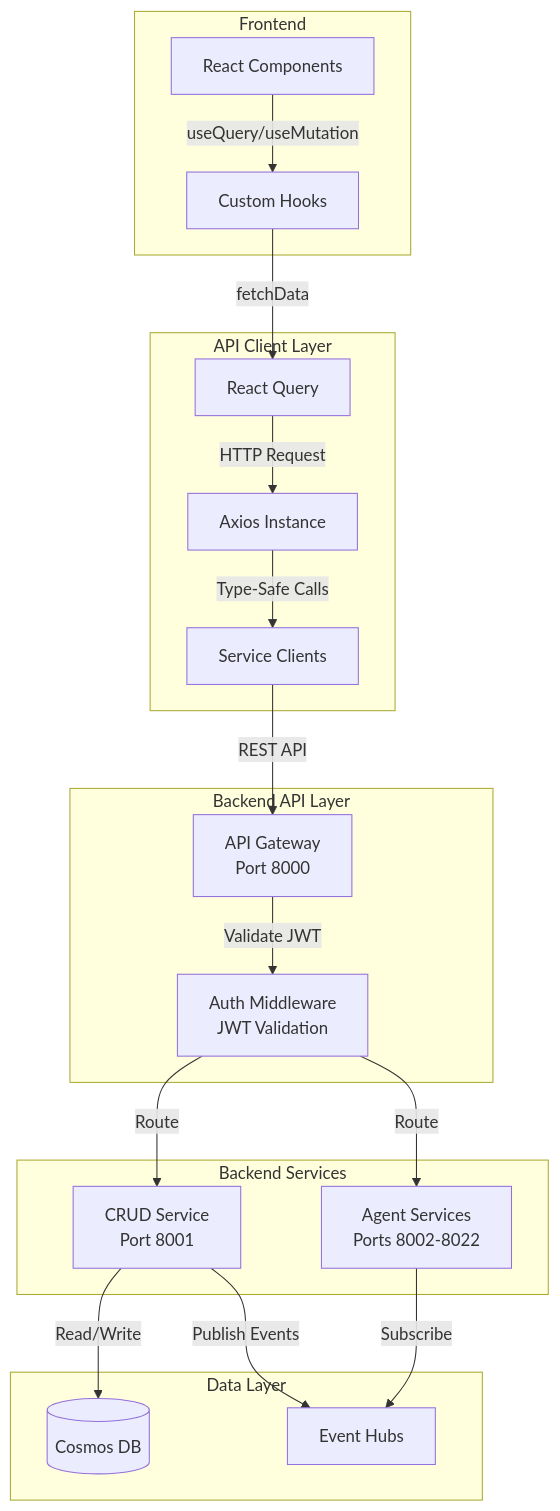
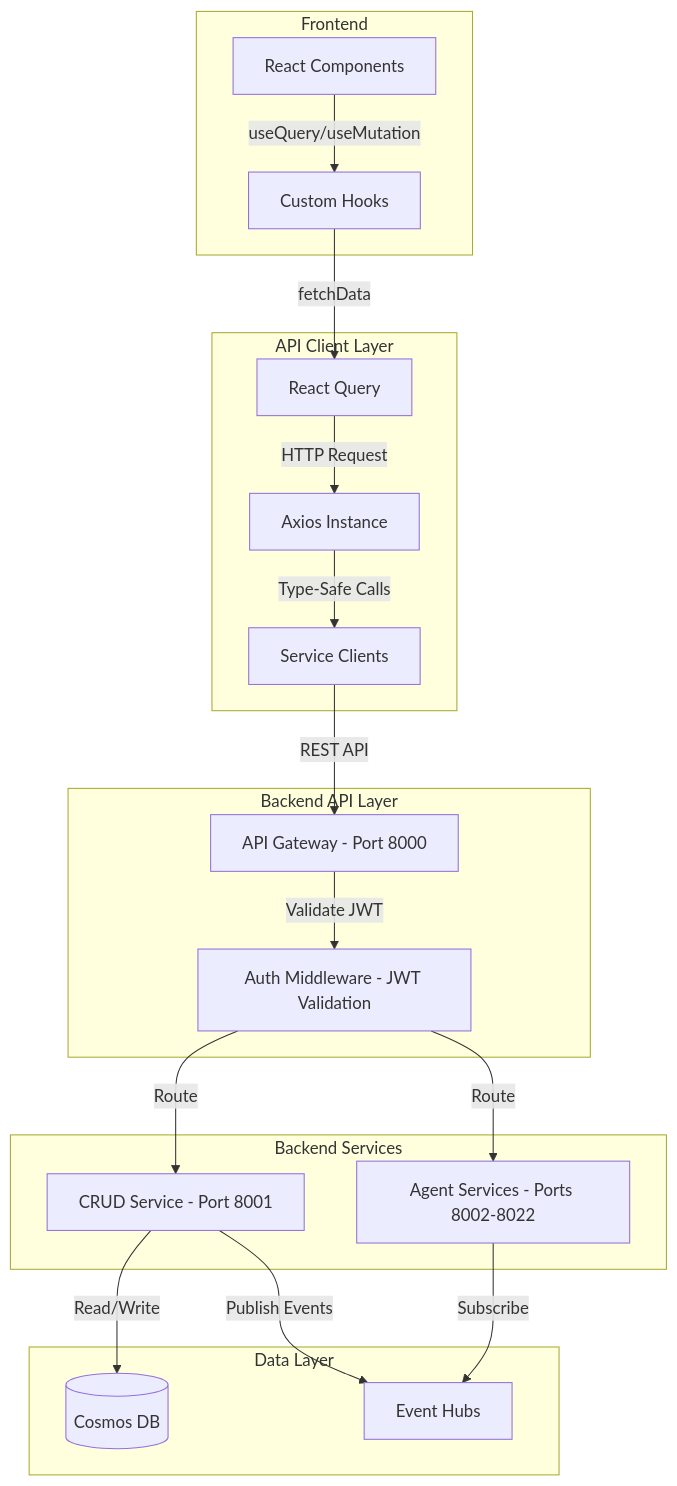
Before and after one commit to Azure-Samples/holiday-peak-hub: the second of 8 diagrams in docs/backend_plan.md, drawn with Mermaid. The commit also changed other lines of this file and 2 other files, not shown here.

Commit message:
docs: fix <br/> in flowchart node labels for GitHub Mermaid rendering

````diff
--- a/docs/backend_plan.md
+++ b/docs/backend_plan.md
@@ -1096,40 +1096,40 @@
 ```mermaid
 graph TB
     subgraph "Frontend"
         ReactComponents[React Components]
         CustomHooks[Custom Hooks]
     end
     
     subgraph "API Client Layer"
         ReactQuery[React Query]
         AxiosInstance[Axios Instance]
         ServiceClients[Service Clients]
     end
     
     subgraph "Backend API Layer"
-        APIGateway[API Gateway<br/>Port 8000]
-        AuthMiddleware[Auth Middleware<br/>JWT Validation]
+        APIGateway[API Gateway - Port 8000]
+        AuthMiddleware[Auth Middleware - JWT Validation]
     end
     
     subgraph "Backend Services"
-        CRUDService[CRUD Service<br/>Port 8001]
-        AgentServices[Agent Services<br/>Ports 8002-8022]
+        CRUDService[CRUD Service - Port 8001]
+        AgentServices[Agent Services - Ports 8002-8022]
     end
     
     subgraph "Data Layer"
         CosmosDB[(Cosmos DB)]
         EventHubs[Event Hubs]
     end
     
     ReactComponents -->|useQuery/useMutation| CustomHooks
     CustomHooks -->|fetchData| ReactQuery
     ReactQuery -->|HTTP Request| AxiosInstance
     AxiosInstance -->|Type-Safe Calls| ServiceClients
     ServiceClients -->|REST API| APIGateway
     APIGateway -->|Validate JWT| AuthMiddleware
     AuthMiddleware -->|Route| CRUDService
     AuthMiddleware -->|Route| AgentServices
     CRUDService -->|Read/Write| CosmosDB
     CRUDService -->|Publish Events| EventHubs
     AgentServices -->|Subscribe| EventHubs
 ```
````
